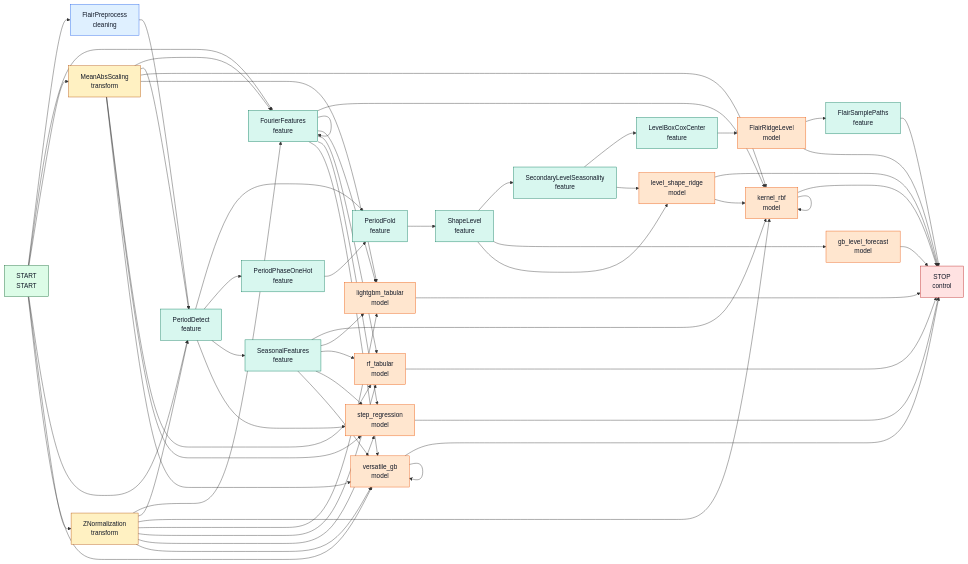
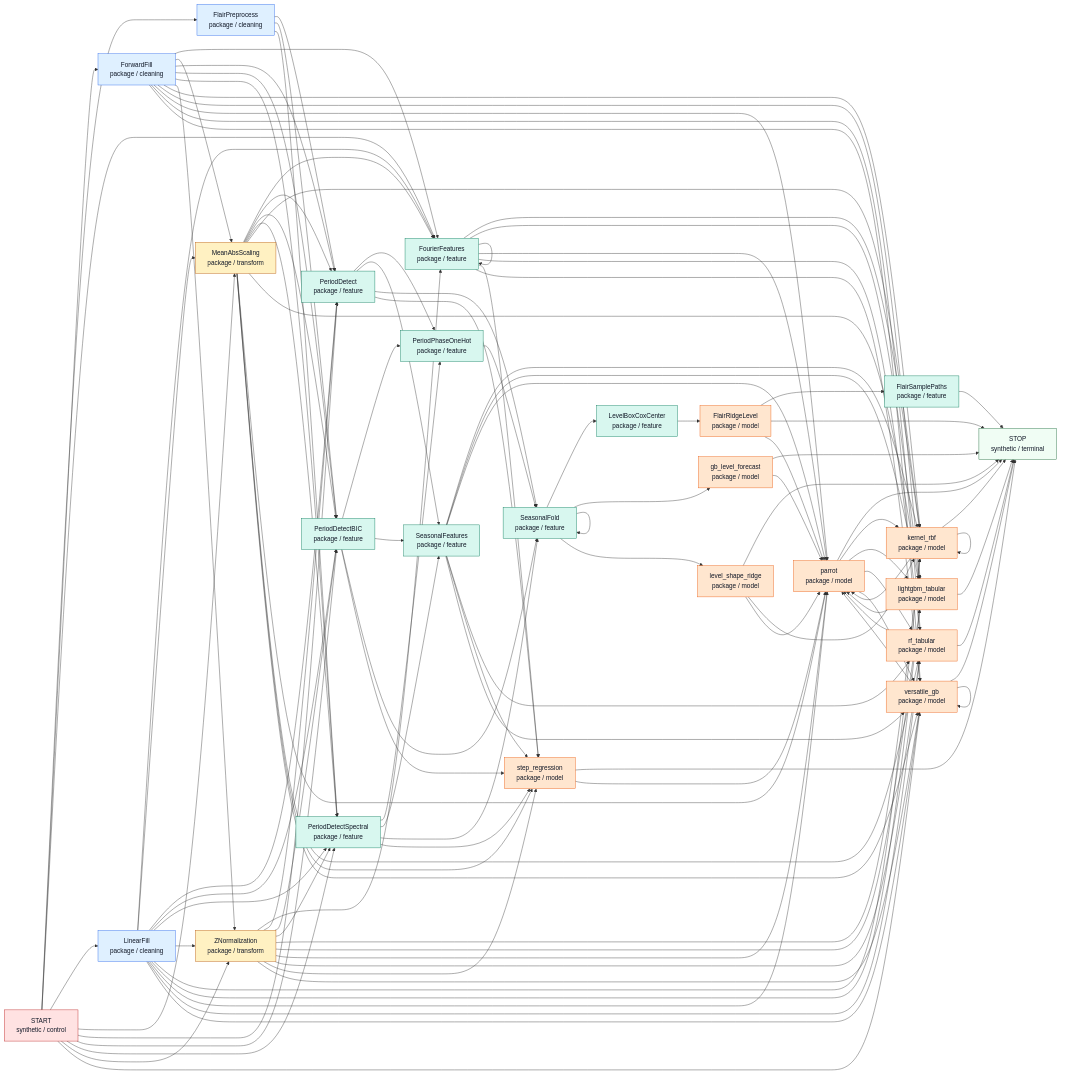
Before and after one commit to chahineNejm/graph_Time_series: the first of 2 diagrams in token_graph_catalog/outputs/token_graph.md, drawn with Mermaid. The commit also changed other lines of this file and 22 other files, not shown here.

````diff
--- a/token_graph_catalog/outputs/token_graph.md
+++ b/token_graph_catalog/outputs/token_graph.md
@@ -29,88 +11,148 @@
 ```mermaid
 flowchart LR
-  n_START["START<br/>START"]:::START
-  n_FlairPreprocess["FlairPreprocess<br/>cleaning"]:::cleaning
-  n_STOP["STOP<br/>control"]:::control
-  n_FlairSamplePaths["FlairSamplePaths<br/>feature"]:::feature
-  n_FourierFeatures["FourierFeatures<br/>feature"]:::feature
-  n_LevelBoxCoxCenter["LevelBoxCoxCenter<br/>feature"]:::feature
-  n_PeriodDetect["PeriodDetect<br/>feature"]:::feature
-  n_PeriodFold["PeriodFold<br/>feature"]:::feature
-  n_PeriodPhaseOneHot["PeriodPhaseOneHot<br/>feature"]:::feature
-  n_SeasonalFeatures["SeasonalFeatures<br/>feature"]:::feature
-  n_SecondaryLevelSeasonality["SecondaryLevelSeasonality<br/>feature"]:::feature
-  n_ShapeLevel["ShapeLevel<br/>feature"]:::feature
-  n_FlairRidgeLevel["FlairRidgeLevel<br/>model"]:::model
-  n_gb_level_forecast["gb_level_forecast<br/>model"]:::model
-  n_kernel_rbf["kernel_rbf<br/>model"]:::model
-  n_level_shape_ridge["level_shape_ridge<br/>model"]:::model
-  n_lightgbm_tabular["lightgbm_tabular<br/>model"]:::model
-  n_rf_tabular["rf_tabular<br/>model"]:::model
-  n_step_regression["step_regression<br/>model"]:::model
-  n_versatile_gb["versatile_gb<br/>model"]:::model
-  n_MeanAbsScaling["MeanAbsScaling<br/>transform"]:::transform
-  n_ZNormalization["ZNormalization<br/>transform"]:::transform
+  n_START["START<br/>synthetic / control"]:::control
+  n_FlairPreprocess["FlairPreprocess<br/>package / cleaning"]:::cleaning
+  n_ForwardFill["ForwardFill<br/>package / cleaning"]:::cleaning
+  n_LinearFill["LinearFill<br/>package / cleaning"]:::cleaning
+  n_MeanAbsScaling["MeanAbsScaling<br/>package / transform"]:::transform
+  n_ZNormalization["ZNormalization<br/>package / transform"]:::transform
+  n_FlairSamplePaths["FlairSamplePaths<br/>package / feature"]:::feature
+  n_FourierFeatures["FourierFeatures<br/>package / feature"]:::feature
+  n_LevelBoxCoxCenter["LevelBoxCoxCenter<br/>package / feature"]:::feature
+  n_PeriodDetect["PeriodDetect<br/>package / feature"]:::feature
+  n_PeriodDetectBIC["PeriodDetectBIC<br/>package / feature"]:::feature
+  n_PeriodDetectSpectral["PeriodDetectSpectral<br/>package / feature"]:::feature
+  n_PeriodPhaseOneHot["PeriodPhaseOneHot<br/>package / feature"]:::feature
+  n_SeasonalFeatures["SeasonalFeatures<br/>package / feature"]:::feature
+  n_SeasonalFold["SeasonalFold<br/>package / feature"]:::feature
+  n_FlairRidgeLevel["FlairRidgeLevel<br/>package / model"]:::model
+  n_gb_level_forecast["gb_level_forecast<br/>package / model"]:::model
+  n_kernel_rbf["kernel_rbf<br/>package / model"]:::model
+  n_level_shape_ridge["level_shape_ridge<br/>package / model"]:::model
+  n_lightgbm_tabular["lightgbm_tabular<br/>package / model"]:::model
+  n_parrot["parrot<br/>package / model"]:::model
+  n_rf_tabular["rf_tabular<br/>package / model"]:::model
+  n_step_regression["step_regression<br/>package / model"]:::model
+  n_versatile_gb["versatile_gb<br/>package / model"]:::model
+  n_STOP["STOP<br/>synthetic / terminal"]:::terminal
   n_FlairPreprocess --> n_PeriodDetect
+  n_FlairPreprocess --> n_PeriodDetectBIC
+  n_FlairPreprocess --> n_PeriodDetectSpectral
   n_FlairRidgeLevel --> n_FlairSamplePaths
   n_FlairRidgeLevel --> n_STOP
+  n_FlairRidgeLevel --> n_parrot
   n_FlairSamplePaths --> n_STOP
+  n_ForwardFill --> n_FourierFeatures
+  n_ForwardFill --> n_MeanAbsScaling
+  n_ForwardFill --> n_PeriodDetect
+  n_ForwardFill --> n_PeriodDetectBIC
+  n_ForwardFill --> n_PeriodDetectSpectral
+  n_ForwardFill --> n_ZNormalization
+  n_ForwardFill --> n_kernel_rbf
+  n_ForwardFill --> n_lightgbm_tabular
+  n_ForwardFill --> n_parrot
+  n_ForwardFill --> n_rf_tabular
+  n_ForwardFill --> n_versatile_gb
   n_FourierFeatures --> n_FourierFeatures
   n_FourierFeatures --> n_kernel_rbf
   n_FourierFeatures --> n_lightgbm_tabular
+  n_FourierFeatures --> n_parrot
   n_FourierFeatures --> n_rf_tabular
   n_FourierFeatures --> n_step_regression
   n_FourierFeatures --> n_versatile_gb
   n_LevelBoxCoxCenter --> n_FlairRidgeLevel
+  n_LinearFill --> n_FourierFeatures
+  n_LinearFill --> n_MeanAbsScaling
+  n_LinearFill --> n_PeriodDetect
+  n_LinearFill --> n_PeriodDetectBIC
+  n_LinearFill --> n_PeriodDetectSpectral
+  n_LinearFill --> n_ZNormalization
+  n_LinearFill --> n_kernel_rbf
+  n_LinearFill --> n_lightgbm_tabular
+  n_LinearFill --> n_parrot
+  n_LinearFill --> n_rf_tabular
+  n_LinearFill --> n_versatile_gb
   n_MeanAbsScaling --> n_FourierFeatures
   n_MeanAbsScaling --> n_PeriodDetect
+  n_MeanAbsScaling --> n_PeriodDetectBIC
+  n_MeanAbsScaling --> n_PeriodDetectSpectral
   n_MeanAbsScaling --> n_kernel_rbf
   n_MeanAbsScaling --> n_lightgbm_tabular
+  n_MeanAbsScaling --> n_parrot
   n_MeanAbsScaling --> n_rf_tabular
   n_MeanAbsScaling --> n_step_regression
   n_MeanAbsScaling --> n_versatile_gb
-  n_PeriodDetect --> n_PeriodFold
   n_PeriodDetect --> n_PeriodPhaseOneHot
   n_PeriodDetect --> n_SeasonalFeatures
+  n_PeriodDetect --> n_SeasonalFold
   n_PeriodDetect --> n_step_regression
-  n_PeriodFold --> n_ShapeLevel
-  n_PeriodPhaseOneHot --> n_PeriodFold
+  n_PeriodDetectBIC --> n_PeriodPhaseOneHot
+  n_PeriodDetectBIC --> n_SeasonalFeatures
+  n_PeriodDetectBIC --> n_SeasonalFold
+  n_PeriodDetectBIC --> n_step_regression
+  n_PeriodDetectSpectral --> n_PeriodPhaseOneHot
+  n_PeriodDetectSpectral --> n_SeasonalFeatures
+  n_PeriodDetectSpectral --> n_SeasonalFold
+  n_PeriodDetectSpectral --> n_step_regression
+  n_PeriodPhaseOneHot --> n_SeasonalFold
   n_START --> n_FlairPreprocess
+  n_START --> n_ForwardFill
   n_START --> n_FourierFeatures
+  n_START --> n_LinearFill
   n_START --> n_MeanAbsScaling
   n_START --> n_PeriodDetect
+  n_START --> n_PeriodDetectBIC
+  n_START --> n_PeriodDetectSpectral
   n_START --> n_ZNormalization
   n_START --> n_versatile_gb
   n_SeasonalFeatures --> n_kernel_rbf
   n_SeasonalFeatures --> n_lightgbm_tabular
+  n_SeasonalFeatures --> n_parrot
   n_SeasonalFeatures --> n_rf_tabular
   n_SeasonalFeatures --> n_step_regression
   n_SeasonalFeatures --> n_versatile_gb
-  n_SecondaryLevelSeasonality --> n_LevelBoxCoxCenter
-  n_SecondaryLevelSeasonality --> n_level_shape_ridge
-  n_ShapeLevel --> n_SecondaryLevelSeasonality
-  n_ShapeLevel --> n_gb_level_forecast
-  n_ShapeLevel --> n_level_shape_ridge
+  n_SeasonalFold --> n_LevelBoxCoxCenter
+  n_SeasonalFold --> n_SeasonalFold
+  n_SeasonalFold --> n_gb_level_forecast
+  n_SeasonalFold --> n_level_shape_ridge
   n_ZNormalization --> n_FourierFeatures
   n_ZNormalization --> n_PeriodDetect
+  n_ZNormalization --> n_PeriodDetectBIC
+  n_ZNormalization --> n_PeriodDetectSpectral
   n_ZNormalization --> n_kernel_rbf
   n_ZNormalization --> n_lightgbm_tabular
+  n_ZNormalization --> n_parrot
   n_ZNormalization --> n_rf_tabular
   n_ZNormalization --> n_step_regression
   n_ZNormalization --> n_versatile_gb
   n_gb_level_forecast --> n_STOP
+  n_gb_level_forecast --> n_parrot
   n_kernel_rbf --> n_STOP
   n_kernel_rbf --> n_kernel_rbf
+  n_kernel_rbf --> n_parrot
   n_level_shape_ridge --> n_STOP
   n_level_shape_ridge --> n_kernel_rbf
+  n_level_shape_ridge --> n_parrot
   n_lightgbm_tabular --> n_STOP
+  n_lightgbm_tabular --> n_parrot
+  n_parrot --> n_STOP
+  n_parrot --> n_kernel_rbf
+  n_parrot --> n_lightgbm_tabular
+  n_parrot --> n_rf_tabular
+  n_parrot --> n_versatile_gb
   n_rf_tabular --> n_STOP
+  n_rf_tabular --> n_parrot
   n_step_regression --> n_STOP
+  n_step_regression --> n_parrot
   n_versatile_gb --> n_STOP
+  n_versatile_gb --> n_parrot
   n_versatile_gb --> n_versatile_gb
   classDef control fill:#ffe2e2,stroke:#b91c1c,stroke-width:1px,color:#111827
-  classDef START fill:#dcfce7,stroke:#166534,stroke-width:1px,color:#111827
   classDef cleaning fill:#dff0ff,stroke:#2563eb,stroke-width:1px,color:#111827
   classDef transform fill:#fff1c2,stroke:#b45309,stroke-width:1px,color:#111827
   classDef feature fill:#d8f7ef,stroke:#047857,stroke-width:1px,color:#111827
+  classDef binding fill:#efe3ff,stroke:#7c3aed,stroke-width:1px,color:#111827
   classDef model fill:#ffe6cf,stroke:#ea580c,stroke-width:1px,color:#111827
+  classDef planned fill:#f4f4f5,stroke:#71717a,stroke-width:1px,color:#111827
+  classDef terminal fill:#f0fdf4,stroke:#166534,stroke-width:1px,color:#111827
 ```
````
